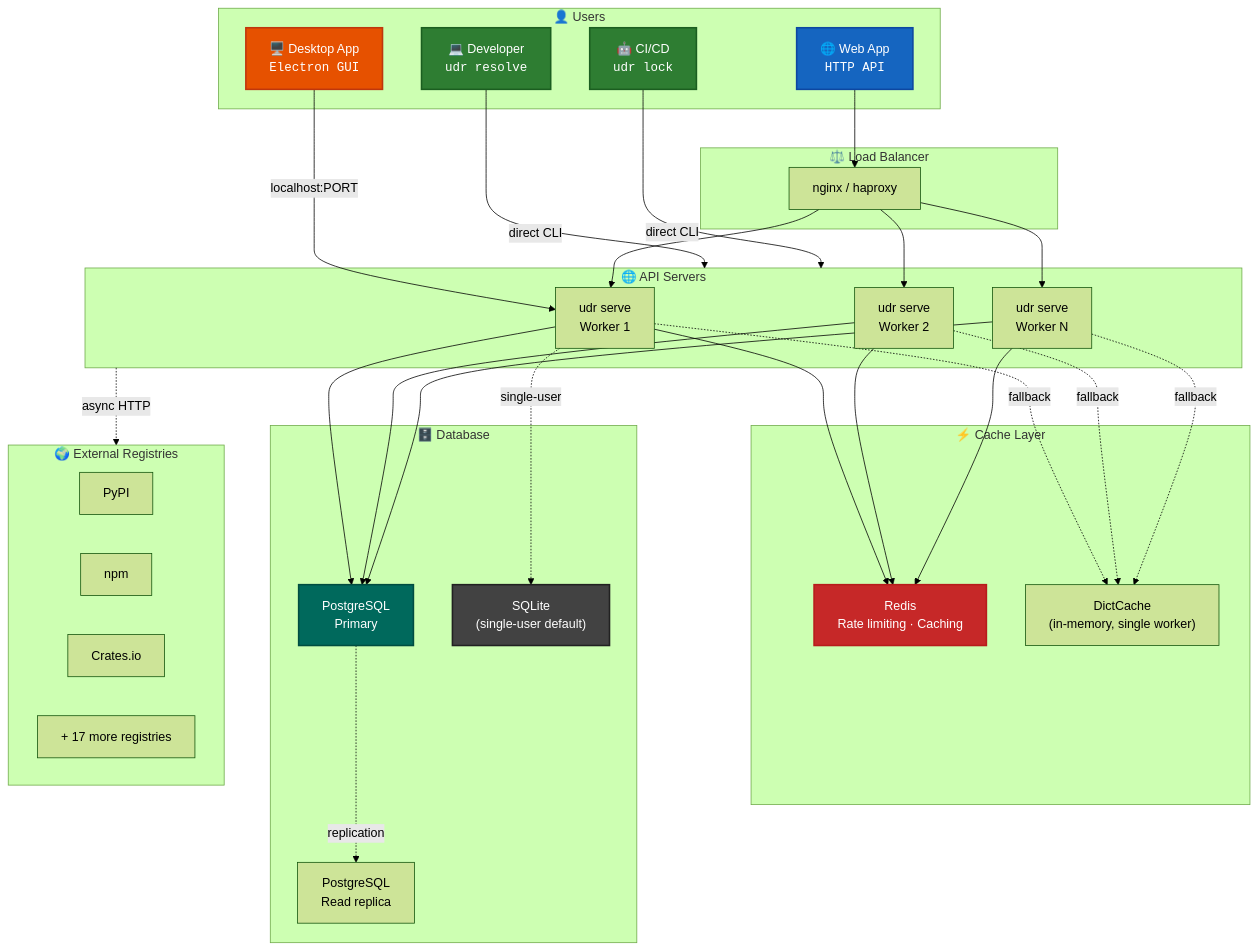
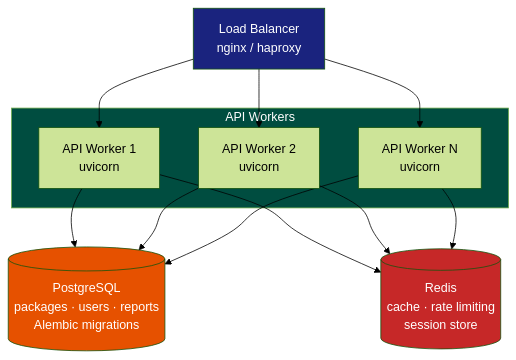
Before and after one commit to code-with-zeeshan/universal-dependency-resolver: the diagram in docs/DEPLOYMENT.md, drawn with Mermaid (forest theme). The commit also changed other lines of this file and 19 other files, not shown here.

First line of the commit message:
Docs accuracy sweep: Mermaid diagrams, README rewrite, changelog fixes

````diff
--- a/docs/DEPLOYMENT.md
+++ b/docs/DEPLOYMENT.md
@@ -5,65 +5,27 @@
 ```mermaid
-graph TB
-    subgraph Users["👤 Users"]
-        DEV["💻 Developer<br/><code>udr resolve</code>"]
-        CI["🤖 CI/CD<br/><code>udr lock</code>"]
-        APP["🌐 Web App<br/><code>HTTP API</code>"]
-        DESKTOP["🖥️ Desktop App<br/><code>Electron GUI</code>"]
+flowchart TD
+    LB["Load Balancer<br/>nginx / haproxy"] --> W1
+    LB --> W2
+    LB --> WN["API Worker N"]
+
+    subgraph WORKERS["API Workers"]
+        W1["API Worker 1<br/>uvicorn"]
+        W2["API Worker 2<br/>uvicorn"]
+        WN["API Worker N<br/>uvicorn"]
     end
 
-    subgraph LB["⚖️ Load Balancer"]
-        NGINX["nginx / haproxy"]
-    end
+    W1 --> DB
+    W2 --> DB
+    WN --> DB
+    W1 --> REDIS
+    W2 --> REDIS
+    WN --> REDIS
 
-    subgraph API["🌐 API Servers"]
-        S1["udr serve<br/>Worker 1"]
-        S2["udr serve<br/>Worker 2"]
-        S3["udr serve<br/>Worker N"]
-    end
+    DB[("PostgreSQL<br/>packages · users · reports<br/>Alembic migrations")]
+    REDIS[("Redis<br/>cache · rate limiting<br/>session store")]
 
-    subgraph Cache["⚡ Cache Layer"]
-        REDIS["Redis<br/>Rate limiting · Caching"]
-        DICTCACHE["DictCache<br/>(in-memory, single worker)"]
-    end
-
-    subgraph DB["🗄️ Database"]
-        PG["PostgreSQL<br/>Primary"]
-        PG_REPLICA["PostgreSQL<br/>Read replica"]
-        SQLITE["SQLite<br/>(single-user default)"]
-    end
-
-    subgraph External["🌍 External Registries"]
-        PYPI_REG["PyPI"]
-        NPM_REG["npm"]
-        CRATES_REG["Crates.io"]
-        MORE_REG["+ 17 more registries"]
-    end
-
-    DEV -->|"direct CLI"| API
-    CI -->|"direct CLI"| API
-    DESKTOP -->|"localhost:PORT"| S1
-    APP --> NGINX
-    NGINX --> S1
-    NGINX --> S2
-    NGINX --> S3
-    S1 --> REDIS
-    S2 --> REDIS
-    S3 --> REDIS
-    S1 --> PG
-    S2 --> PG
-    S3 --> PG
-    PG -.->|"replication"| PG_REPLICA
-    S1 -.->|"fallback"| DICTCACHE
-    S2 -.->|"fallback"| DICTCACHE
-    S3 -.->|"fallback"| DICTCACHE
-    S1 -.->|"single-user"| SQLITE
-    API -.->|"async HTTP"| External
-
-    style DEV fill:#2e7d32,color:#fff,stroke:#1b5e20,stroke-width:2px
-    style CI fill:#2e7d32,color:#fff,stroke:#1b5e20,stroke-width:2px
-    style APP fill:#1565c0,color:#fff,stroke:#0d47a1,stroke-width:2px
-    style DESKTOP fill:#e65100,color:#fff,stroke:#bf360c,stroke-width:2px
-    style PG fill:#00695c,color:#fff,stroke:#004d40,stroke-width:2px
-    style REDIS fill:#c62828,color:#fff,stroke:#b71c1c,stroke-width:2px
-    style SQLITE fill:#424242,color:#fff,stroke:#212121,stroke-width:2px
+    style LB fill:#1a237e,color:#fff
+    style WORKERS fill:#004d40,color:#fff
+    style DB fill:#e65100,color:#fff
+    style REDIS fill:#c62828,color:#fff
 ```
````
